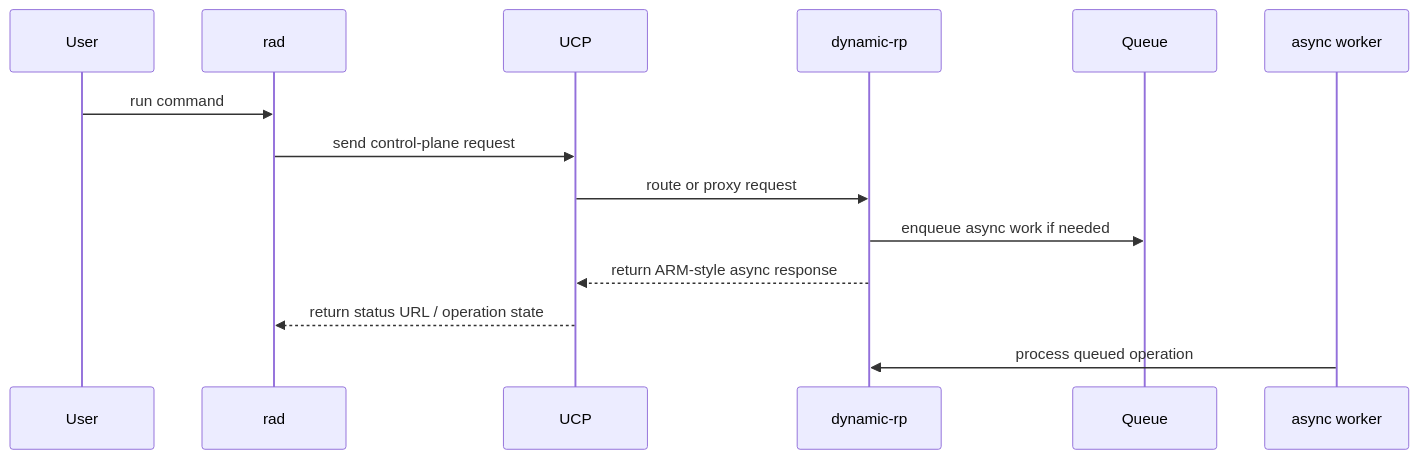
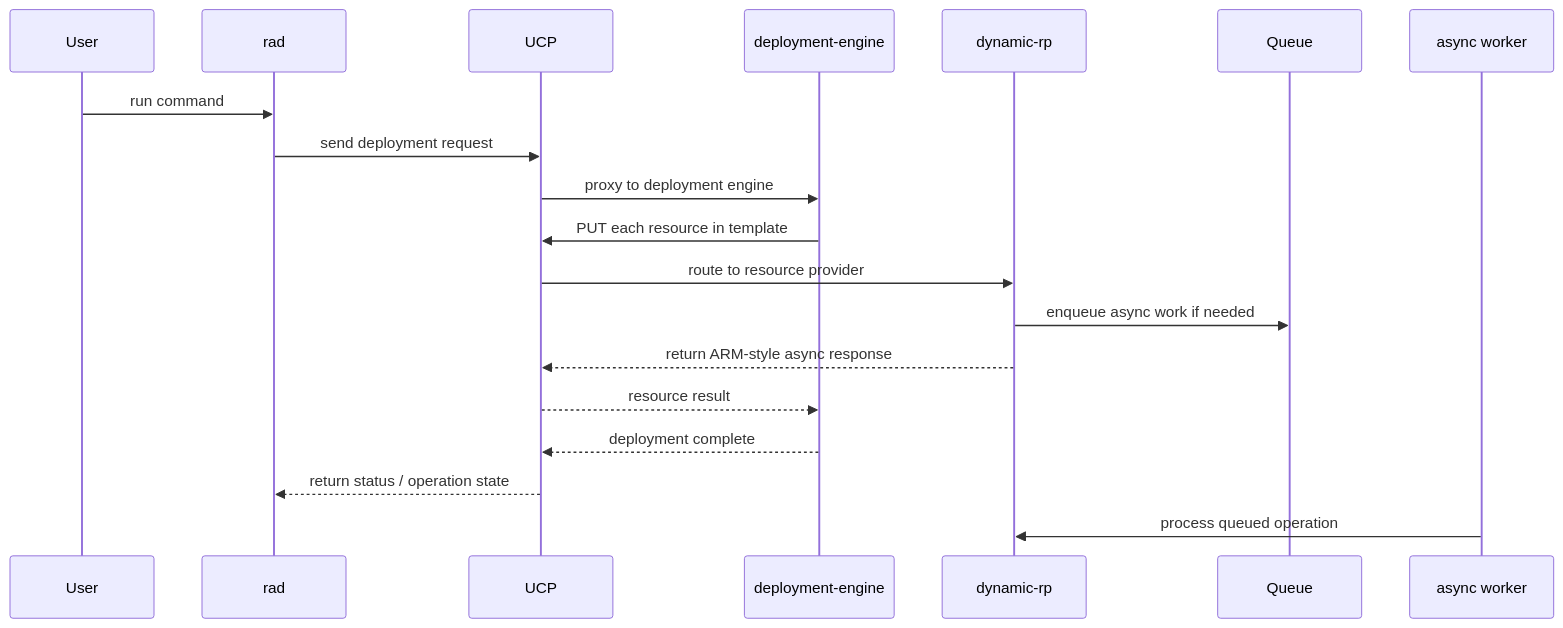
Before and after one commit to radius-project/radius: the second of 3 diagrams in docs/architecture/service-interaction-map.md, drawn with Mermaid. The commit also changed other lines of this file and 3 other files, not shown here.

````diff
--- a/docs/architecture/service-interaction-map.md
+++ b/docs/architecture/service-interaction-map.md
@@ -86,17 +100,22 @@
 ```mermaid
 sequenceDiagram
     participant User
     participant CLI as rad
     participant UCP
-  participant RP as dynamic-rp
+    participant DE as deployment-engine
+    participant RP as dynamic-rp
     participant Queue
     participant Worker as async worker
 
     User->>CLI: run command
-    CLI->>UCP: send control-plane request
-    UCP->>RP: route or proxy request
+    CLI->>UCP: send deployment request
+    UCP->>DE: proxy to deployment engine
+    DE->>UCP: PUT each resource in template
+    UCP->>RP: route to resource provider
     RP->>Queue: enqueue async work if needed
     RP-->>UCP: return ARM-style async response
-    UCP-->>CLI: return status URL / operation state
+    UCP-->>DE: resource result
+    DE-->>UCP: deployment complete
+    UCP-->>CLI: return status / operation state
     Worker->>RP: process queued operation
 ```
````
